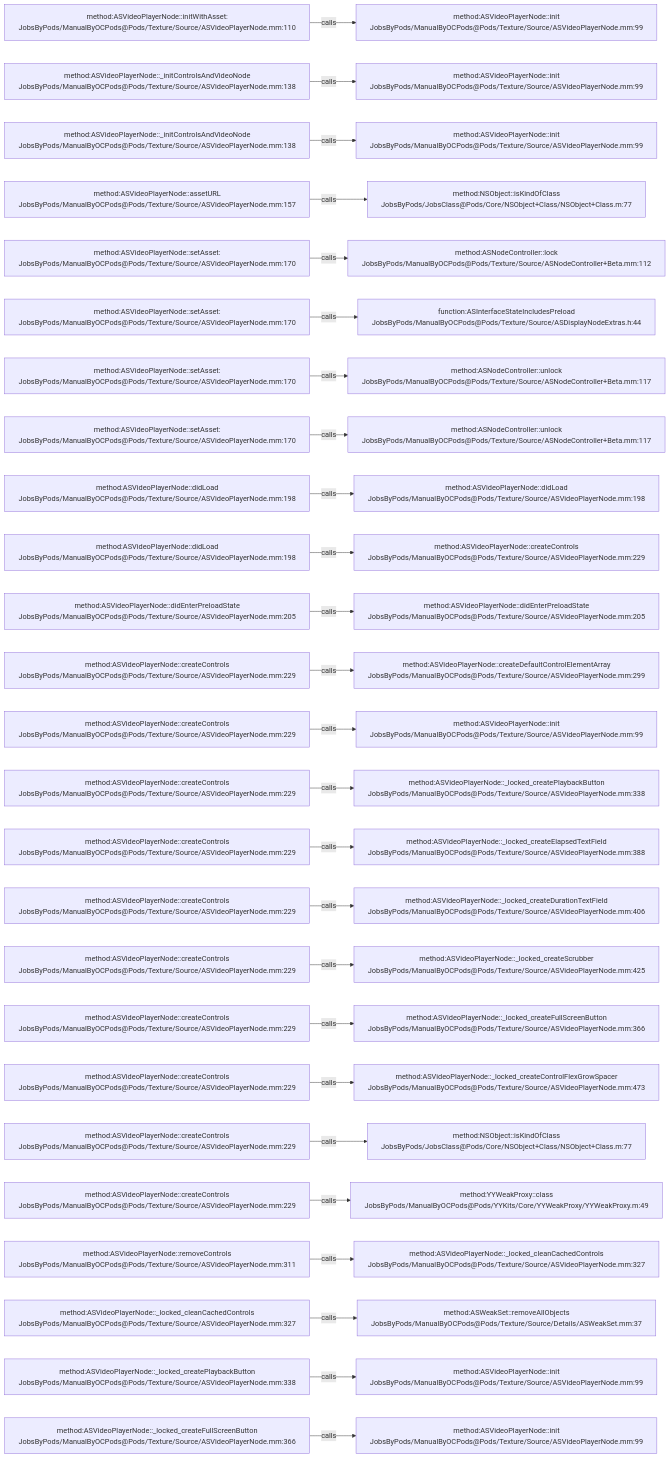
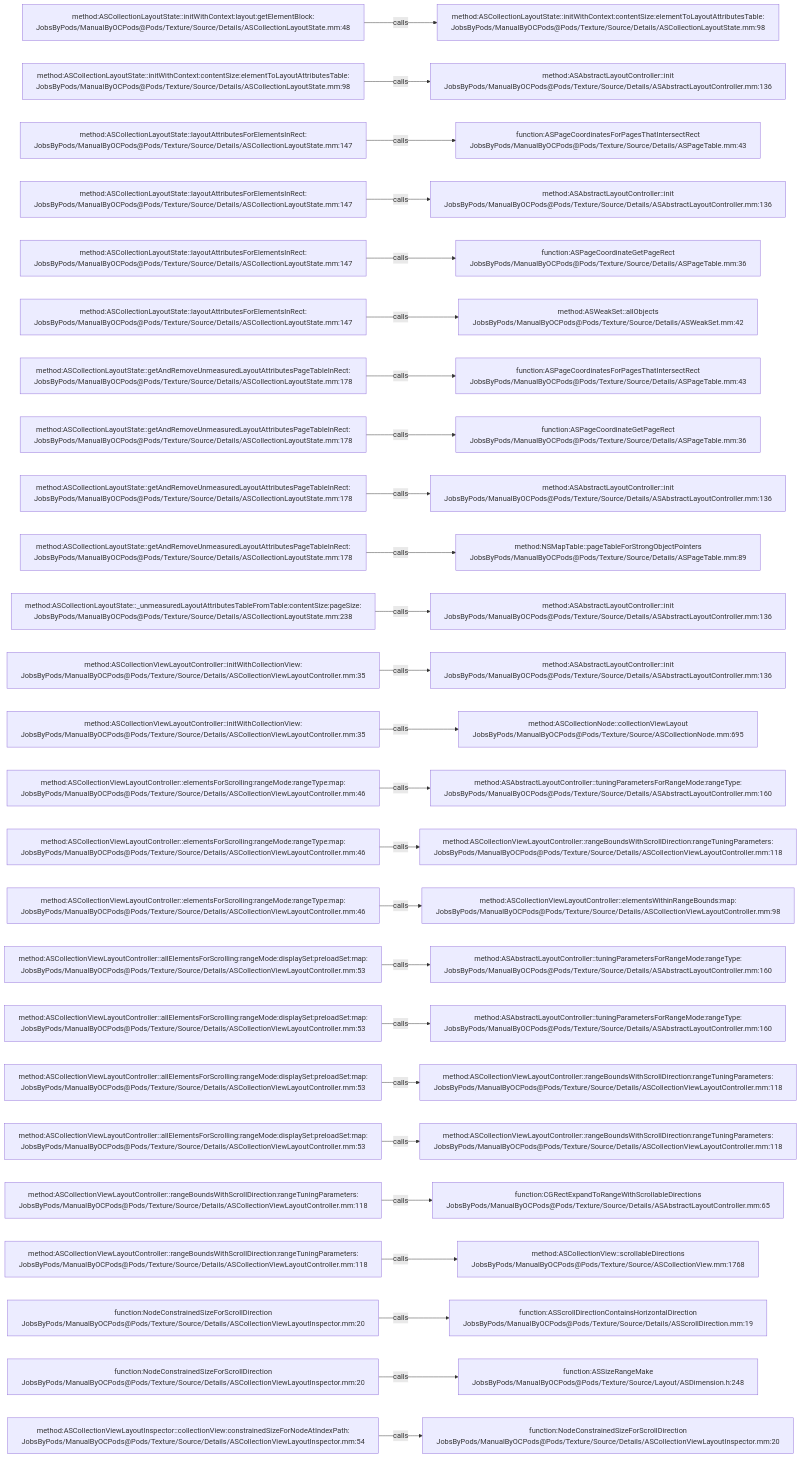
Before and after one commit to JobsKits/JobsOCBaseConfigDemo: the diagram in .codegraph/codegraph.md/graphs/calls-137.md, drawn with Mermaid. The commit also changed 2723 other files, not shown here.

````diff
--- a/.codegraph/codegraph.md/graphs/calls-137.md
+++ b/.codegraph/codegraph.md/graphs/calls-137.md
@@ -13,78 +13,78 @@
 ```mermaid
 flowchart LR
-  S1["method:ASVideoPlayerNode::initWithAsset:<br/>JobsByPods/ManualByOCPods@Pods/Texture/Source/ASVideoPlayerNode.mm:110"]
-  T1["method:ASVideoPlayerNode::init<br/>JobsByPods/ManualByOCPods@Pods/Texture/Source/ASVideoPlayerNode.mm:99"]
+  S1["method:ASCollectionLayoutState::initWithContext:layout:getElementBlock:<br/>JobsByPods/ManualByOCPods@Pods/Texture/Source/Details/ASCollectionLayoutState.mm:48"]
+  T1["method:ASCollectionLayoutState::initWithContext:contentSize:elementToLayoutAttributesTable:<br/>JobsByPods/ManualByOCPods@Pods/Texture/Source/Details/ASCollectionLayoutState.mm:98"]
   S1 -->|calls| T1
-  S2["method:ASVideoPlayerNode::_initControlsAndVideoNode<br/>JobsByPods/ManualByOCPods@Pods/Texture/Source/ASVideoPlayerNode.mm:138"]
-  T2["method:ASVideoPlayerNode::init<br/>JobsByPods/ManualByOCPods@Pods/Texture/Source/ASVideoPlayerNode.mm:99"]
+  S2["method:ASCollectionLayoutState::initWithContext:contentSize:elementToLayoutAttributesTable:<br/>JobsByPods/ManualByOCPods@Pods/Texture/Source/Details/ASCollectionLayoutState.mm:98"]
+  T2["method:ASAbstractLayoutController::init<br/>JobsByPods/ManualByOCPods@Pods/Texture/Source/Details/ASAbstractLayoutController.mm:136"]
   S2 -->|calls| T2
-  S3["method:ASVideoPlayerNode::_initControlsAndVideoNode<br/>JobsByPods/ManualByOCPods@Pods/Texture/Source/ASVideoPlayerNode.mm:138"]
-  T3["method:ASVideoPlayerNode::init<br/>JobsByPods/ManualByOCPods@Pods/Texture/Source/ASVideoPlayerNode.mm:99"]
+  S3["method:ASCollectionLayoutState::layoutAttributesForElementsInRect:<br/>JobsByPods/ManualByOCPods@Pods/Texture/Source/Details/ASCollectionLayoutState.mm:147"]
+  T3["function:ASPageCoordinatesForPagesThatIntersectRect<br/>JobsByPods/ManualByOCPods@Pods/Texture/Source/Details/ASPageTable.mm:43"]
   S3 -->|calls| T3
-  S4["method:ASVideoPlayerNode::assetURL<br/>JobsByPods/ManualByOCPods@Pods/Texture/Source/ASVideoPlayerNode.mm:157"]
-  T4["method:NSObject::isKindOfClass<br/>JobsByPods/JobsClass@Pods/Core/NSObject+Class/NSObject+Class.m:77"]
+  S4["method:ASCollectionLayoutState::layoutAttributesForElementsInRect:<br/>JobsByPods/ManualByOCPods@Pods/Texture/Source/Details/ASCollectionLayoutState.mm:147"]
+  T4["method:ASAbstractLayoutController::init<br/>JobsByPods/ManualByOCPods@Pods/Texture/Source/Details/ASAbstractLayoutController.mm:136"]
   S4 -->|calls| T4
-  S5["method:ASVideoPlayerNode::setAsset:<br/>JobsByPods/ManualByOCPods@Pods/Texture/Source/ASVideoPlayerNode.mm:170"]
-  T5["method:ASNodeController::lock<br/>JobsByPods/ManualByOCPods@Pods/Texture/Source/ASNodeController+Beta.mm:112"]
+  S5["method:ASCollectionLayoutState::layoutAttributesForElementsInRect:<br/>JobsByPods/ManualByOCPods@Pods/Texture/Source/Details/ASCollectionLayoutState.mm:147"]
+  T5["function:ASPageCoordinateGetPageRect<br/>JobsByPods/ManualByOCPods@Pods/Texture/Source/Details/ASPageTable.mm:36"]
   S5 -->|calls| T5
-  S6["method:ASVideoPlayerNode::setAsset:<br/>JobsByPods/ManualByOCPods@Pods/Texture/Source/ASVideoPlayerNode.mm:170"]
-  T6["function:ASInterfaceStateIncludesPreload<br/>JobsByPods/ManualByOCPods@Pods/Texture/Source/ASDisplayNodeExtras.h:44"]
+  S6["method:ASCollectionLayoutState::layoutAttributesForElementsInRect:<br/>JobsByPods/ManualByOCPods@Pods/Texture/Source/Details/ASCollectionLayoutState.mm:147"]
+  T6["method:ASWeakSet::allObjects<br/>JobsByPods/ManualByOCPods@Pods/Texture/Source/Details/ASWeakSet.mm:42"]
   S6 -->|calls| T6
-  S7["method:ASVideoPlayerNode::setAsset:<br/>JobsByPods/ManualByOCPods@Pods/Texture/Source/ASVideoPlayerNode.mm:170"]
-  T7["method:ASNodeController::unlock<br/>JobsByPods/ManualByOCPods@Pods/Texture/Source/ASNodeController+Beta.mm:117"]
+  S7["method:ASCollectionLayoutState::getAndRemoveUnmeasuredLayoutAttributesPageTableInRect:<br/>JobsByPods/ManualByOCPods@Pods/Texture/Source/Details/ASCollectionLayoutState.mm:178"]
+  T7["function:ASPageCoordinatesForPagesThatIntersectRect<br/>JobsByPods/ManualByOCPods@Pods/Texture/Source/Details/ASPageTable.mm:43"]
   S7 -->|calls| T7
-  S8["method:ASVideoPlayerNode::setAsset:<br/>JobsByPods/ManualByOCPods@Pods/Texture/Source/ASVideoPlayerNode.mm:170"]
-  T8["method:ASNodeController::unlock<br/>JobsByPods/ManualByOCPods@Pods/Texture/Source/ASNodeController+Beta.mm:117"]
+  S8["method:ASCollectionLayoutState::getAndRemoveUnmeasuredLayoutAttributesPageTableInRect:<br/>JobsByPods/ManualByOCPods@Pods/Texture/Source/Details/ASCollectionLayoutState.mm:178"]
+  T8["function:ASPageCoordinateGetPageRect<br/>JobsByPods/ManualByOCPods@Pods/Texture/Source/Details/ASPageTable.mm:36"]
   S8 -->|calls| T8
-  S9["method:ASVideoPlayerNode::didLoad<br/>JobsByPods/ManualByOCPods@Pods/Texture/Source/ASVideoPlayerNode.mm:198"]
-  T9["method:ASVideoPlayerNode::didLoad<br/>JobsByPods/ManualByOCPods@Pods/Texture/Source/ASVideoPlayerNode.mm:198"]
+  S9["method:ASCollectionLayoutState::getAndRemoveUnmeasuredLayoutAttributesPageTableInRect:<br/>JobsByPods/ManualByOCPods@Pods/Texture/Source/Details/ASCollectionLayoutState.mm:178"]
+  T9["method:ASAbstractLayoutController::init<br/>JobsByPods/ManualByOCPods@Pods/Texture/Source/Details/ASAbstractLayoutController.mm:136"]
   S9 -->|calls| T9
-  S10["method:ASVideoPlayerNode::didLoad<br/>JobsByPods/ManualByOCPods@Pods/Texture/Source/ASVideoPlayerNode.mm:198"]
-  T10["method:ASVideoPlayerNode::createControls<br/>JobsByPods/ManualByOCPods@Pods/Texture/Source/ASVideoPlayerNode.mm:229"]
+  S10["method:ASCollectionLayoutState::getAndRemoveUnmeasuredLayoutAttributesPageTableInRect:<br/>JobsByPods/ManualByOCPods@Pods/Texture/Source/Details/ASCollectionLayoutState.mm:178"]
+  T10["method:NSMapTable::pageTableForStrongObjectPointers<br/>JobsByPods/ManualByOCPods@Pods/Texture/Source/Details/ASPageTable.mm:89"]
   S10 -->|calls| T10
-  S11["method:ASVideoPlayerNode::didEnterPreloadState<br/>JobsByPods/ManualByOCPods@Pods/Texture/Source/ASVideoPlayerNode.mm:205"]
-  T11["method:ASVideoPlayerNode::didEnterPreloadState<br/>JobsByPods/ManualByOCPods@Pods/Texture/Source/ASVideoPlayerNode.mm:205"]
+  S11["method:ASCollectionLayoutState::_unmeasuredLayoutAttributesTableFromTable:contentSize:pageSize:<br/>JobsByPods/ManualByOCPods@Pods/Texture/Source/Details/ASCollectionLayoutState.mm:238"]
+  T11["method:ASAbstractLayoutController::init<br/>JobsByPods/ManualByOCPods@Pods/Texture/Source/Details/ASAbstractLayoutController.mm:136"]
   S11 -->|calls| T11
-  S12["method:ASVideoPlayerNode::createControls<br/>JobsByPods/ManualByOCPods@Pods/Texture/Source/ASVideoPlayerNode.mm:229"]
-  T12["method:ASVideoPlayerNode::createDefaultControlElementArray<br/>JobsByPods/ManualByOCPods@Pods/Texture/Source/ASVideoPlayerNode.mm:299"]
+  S12["method:ASCollectionViewLayoutController::initWithCollectionView:<br/>JobsByPods/ManualByOCPods@Pods/Texture/Source/Details/ASCollectionViewLayoutController.mm:35"]
+  T12["method:ASAbstractLayoutController::init<br/>JobsByPods/ManualByOCPods@Pods/Texture/Source/Details/ASAbstractLayoutController.mm:136"]
   S12 -->|calls| T12
-  S13["method:ASVideoPlayerNode::createControls<br/>JobsByPods/ManualByOCPods@Pods/Texture/Source/ASVideoPlayerNode.mm:229"]
-  T13["method:ASVideoPlayerNode::init<br/>JobsByPods/ManualByOCPods@Pods/Texture/Source/ASVideoPlayerNode.mm:99"]
+  S13["method:ASCollectionViewLayoutController::initWithCollectionView:<br/>JobsByPods/ManualByOCPods@Pods/Texture/Source/Details/ASCollectionViewLayoutController.mm:35"]
+  T13["method:ASCollectionNode::collectionViewLayout<br/>JobsByPods/ManualByOCPods@Pods/Texture/Source/ASCollectionNode.mm:695"]
   S13 -->|calls| T13
-  S14["method:ASVideoPlayerNode::createControls<br/>JobsByPods/ManualByOCPods@Pods/Texture/Source/ASVideoPlayerNode.mm:229"]
-  T14["method:ASVideoPlayerNode::_locked_createPlaybackButton<br/>JobsByPods/ManualByOCPods@Pods/Texture/Source/ASVideoPlayerNode.mm:338"]
+  S14["method:ASCollectionViewLayoutController::elementsForScrolling:rangeMode:rangeType:map:<br/>JobsByPods/ManualByOCPods@Pods/Texture/Source/Details/ASCollectionViewLayoutController.mm:46"]
+  T14["method:ASAbstractLayoutController::tuningParametersForRangeMode:rangeType:<br/>JobsByPods/ManualByOCPods@Pods/Texture/Source/Details/ASAbstractLayoutController.mm:160"]
   S14 -->|calls| T14
-  S15["method:ASVideoPlayerNode::createControls<br/>JobsByPods/ManualByOCPods@Pods/Texture/Source/ASVideoPlayerNode.mm:229"]
-  T15["method:ASVideoPlayerNode::_locked_createElapsedTextField<br/>JobsByPods/ManualByOCPods@Pods/Texture/Source/ASVideoPlayerNode.mm:388"]
+  S15["method:ASCollectionViewLayoutController::elementsForScrolling:rangeMode:rangeType:map:<br/>JobsByPods/ManualByOCPods@Pods/Texture/Source/Details/ASCollectionViewLayoutController.mm:46"]
+  T15["method:ASCollectionViewLayoutController::rangeBoundsWithScrollDirection:rangeTuningParameters:<br/>JobsByPods/ManualByOCPods@Pods/Texture/Source/Details/ASCollectionViewLayoutController.mm:118"]
   S15 -->|calls| T15
-  S16["method:ASVideoPlayerNode::createControls<br/>JobsByPods/ManualByOCPods@Pods/Texture/Source/ASVideoPlayerNode.mm:229"]
-  T16["method:ASVideoPlayerNode::_locked_createDurationTextField<br/>JobsByPods/ManualByOCPods@Pods/Texture/Source/ASVideoPlayerNode.mm:406"]
+  S16["method:ASCollectionViewLayoutController::elementsForScrolling:rangeMode:rangeType:map:<br/>JobsByPods/ManualByOCPods@Pods/Texture/Source/Details/ASCollectionViewLayoutController.mm:46"]
+  T16["method:ASCollectionViewLayoutController::elementsWithinRangeBounds:map:<br/>JobsByPods/ManualByOCPods@Pods/Texture/Source/Details/ASCollectionViewLayoutController.mm:98"]
   S16 -->|calls| T16
-  S17["method:ASVideoPlayerNode::createControls<br/>JobsByPods/ManualByOCPods@Pods/Texture/Source/ASVideoPlayerNode.mm:229"]
-  T17["method:ASVideoPlayerNode::_locked_createScrubber<br/>JobsByPods/ManualByOCPods@Pods/Texture/Source/ASVideoPlayerNode.mm:425"]
+  S17["method:ASCollectionViewLayoutController::allElementsForScrolling:rangeMode:displaySet:preloadSet:map:<br/>JobsByPods/ManualByOCPods@Pods/Texture/Source/Details/ASCollectionViewLayoutController.mm:53"]
+  T17["method:ASAbstractLayoutController::tuningParametersForRangeMode:rangeType:<br/>JobsByPods/ManualByOCPods@Pods/Texture/Source/Details/ASAbstractLayoutController.mm:160"]
   S17 -->|calls| T17
-  S18["method:ASVideoPlayerNode::createControls<br/>JobsByPods/ManualByOCPods@Pods/Texture/Source/ASVideoPlayerNode.mm:229"]
-  T18["method:ASVideoPlayerNode::_locked_createFullScreenButton<br/>JobsByPods/ManualByOCPods@Pods/Texture/Source/ASVideoPlayerNode.mm:366"]
+  S18["method:ASCollectionViewLayoutController::allElementsForScrolling:rangeMode:displaySet:preloadSet:map:<br/>JobsByPods/ManualByOCPods@Pods/Texture/Source/Details/ASCollectionViewLayoutController.mm:53"]
+  T18["method:ASAbstractLayoutController::tuningParametersForRangeMode:rangeType:<br/>JobsByPods/ManualByOCPods@Pods/Texture/Source/Details/ASAbstractLayoutController.mm:160"]
   S18 -->|calls| T18
-  S19["method:ASVideoPlayerNode::createControls<br/>JobsByPods/ManualByOCPods@Pods/Texture/Source/ASVideoPlayerNode.mm:229"]
-  T19["method:ASVideoPlayerNode::_locked_createControlFlexGrowSpacer<br/>JobsByPods/ManualByOCPods@Pods/Texture/Source/ASVideoPlayerNode.mm:473"]
+  S19["method:ASCollectionViewLayoutController::allElementsForScrolling:rangeMode:displaySet:preloadSet:map:<br/>JobsByPods/ManualByOCPods@Pods/Texture/Source/Details/ASCollectionViewLayoutController.mm:53"]
+  T19["method:ASCollectionViewLayoutController::rangeBoundsWithScrollDirection:rangeTuningParameters:<br/>JobsByPods/ManualByOCPods@Pods/Texture/Source/Details/ASCollectionViewLayoutController.mm:118"]
   S19 -->|calls| T19
-  S20["method:ASVideoPlayerNode::createControls<br/>JobsByPods/ManualByOCPods@Pods/Texture/Source/ASVideoPlayerNode.mm:229"]
-  T20["method:NSObject::isKindOfClass<br/>JobsByPods/JobsClass@Pods/Core/NSObject+Class/NSObject+Class.m:77"]
+  S20["method:ASCollectionViewLayoutController::allElementsForScrolling:rangeMode:displaySet:preloadSet:map:<br/>JobsByPods/ManualByOCPods@Pods/Texture/Source/Details/ASCollectionViewLayoutController.mm:53"]
+  T20["method:ASCollectionViewLayoutController::rangeBoundsWithScrollDirection:rangeTuningParameters:<br/>JobsByPods/ManualByOCPods@Pods/Texture/Source/Details/ASCollectionViewLayoutController.mm:118"]
   S20 -->|calls| T20
-  S21["method:ASVideoPlayerNode::createControls<br/>JobsByPods/ManualByOCPods@Pods/Texture/Source/ASVideoPlayerNode.mm:229"]
-  T21["method:YYWeakProxy::class<br/>JobsByPods/ManualByOCPods@Pods/YYKits/Core/YYWeakProxy/YYWeakProxy.m:49"]
+  S21["method:ASCollectionViewLayoutController::rangeBoundsWithScrollDirection:rangeTuningParameters:<br/>JobsByPods/ManualByOCPods@Pods/Texture/Source/Details/ASCollectionViewLayoutController.mm:118"]
+  T21["function:CGRectExpandToRangeWithScrollableDirections<br/>JobsByPods/ManualByOCPods@Pods/Texture/Source/Details/ASAbstractLayoutController.mm:65"]
   S21 -->|calls| T21
-  S22["method:ASVideoPlayerNode::removeControls<br/>JobsByPods/ManualByOCPods@Pods/Texture/Source/ASVideoPlayerNode.mm:311"]
-  T22["method:ASVideoPlayerNode::_locked_cleanCachedControls<br/>JobsByPods/ManualByOCPods@Pods/Texture/Source/ASVideoPlayerNode.mm:327"]
+  S22["method:ASCollectionViewLayoutController::rangeBoundsWithScrollDirection:rangeTuningParameters:<br/>JobsByPods/ManualByOCPods@Pods/Texture/Source/Details/ASCollectionViewLayoutController.mm:118"]
+  T22["method:ASCollectionView::scrollableDirections<br/>JobsByPods/ManualByOCPods@Pods/Texture/Source/ASCollectionView.mm:1768"]
   S22 -->|calls| T22
-  S23["method:ASVideoPlayerNode::_locked_cleanCachedControls<br/>JobsByPods/ManualByOCPods@Pods/Texture/Source/ASVideoPlayerNode.mm:327"]
-  T23["method:ASWeakSet::removeAllObjects<br/>JobsByPods/ManualByOCPods@Pods/Texture/Source/Details/ASWeakSet.mm:37"]
+  S23["function:NodeConstrainedSizeForScrollDirection<br/>JobsByPods/ManualByOCPods@Pods/Texture/Source/Details/ASCollectionViewLayoutInspector.mm:20"]
+  T23["function:ASScrollDirectionContainsHorizontalDirection<br/>JobsByPods/ManualByOCPods@Pods/Texture/Source/Details/ASScrollDirection.mm:19"]
   S23 -->|calls| T23
-  S24["method:ASVideoPlayerNode::_locked_createPlaybackButton<br/>JobsByPods/ManualByOCPods@Pods/Texture/Source/ASVideoPlayerNode.mm:338"]
-  T24["method:ASVideoPlayerNode::init<br/>JobsByPods/ManualByOCPods@Pods/Texture/Source/ASVideoPlayerNode.mm:99"]
+  S24["function:NodeConstrainedSizeForScrollDirection<br/>JobsByPods/ManualByOCPods@Pods/Texture/Source/Details/ASCollectionViewLayoutInspector.mm:20"]
+  T24["function:ASSizeRangeMake<br/>JobsByPods/ManualByOCPods@Pods/Texture/Source/Layout/ASDimension.h:248"]
   S24 -->|calls| T24
-  S25["method:ASVideoPlayerNode::_locked_createFullScreenButton<br/>JobsByPods/ManualByOCPods@Pods/Texture/Source/ASVideoPlayerNode.mm:366"]
-  T25["method:ASVideoPlayerNode::init<br/>JobsByPods/ManualByOCPods@Pods/Texture/Source/ASVideoPlayerNode.mm:99"]
+  S25["method:ASCollectionViewLayoutInspector::collectionView:constrainedSizeForNodeAtIndexPath:<br/>JobsByPods/ManualByOCPods@Pods/Texture/Source/Details/ASCollectionViewLayoutInspector.mm:54"]
+  T25["function:NodeConstrainedSizeForScrollDirection<br/>JobsByPods/ManualByOCPods@Pods/Texture/Source/Details/ASCollectionViewLayoutInspector.mm:20"]
   S25 -->|calls| T25
 ```
````
